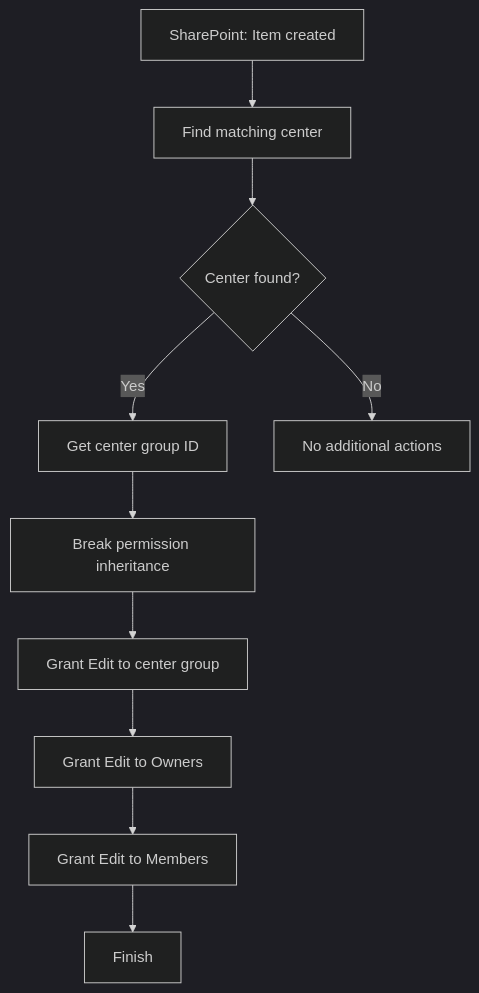
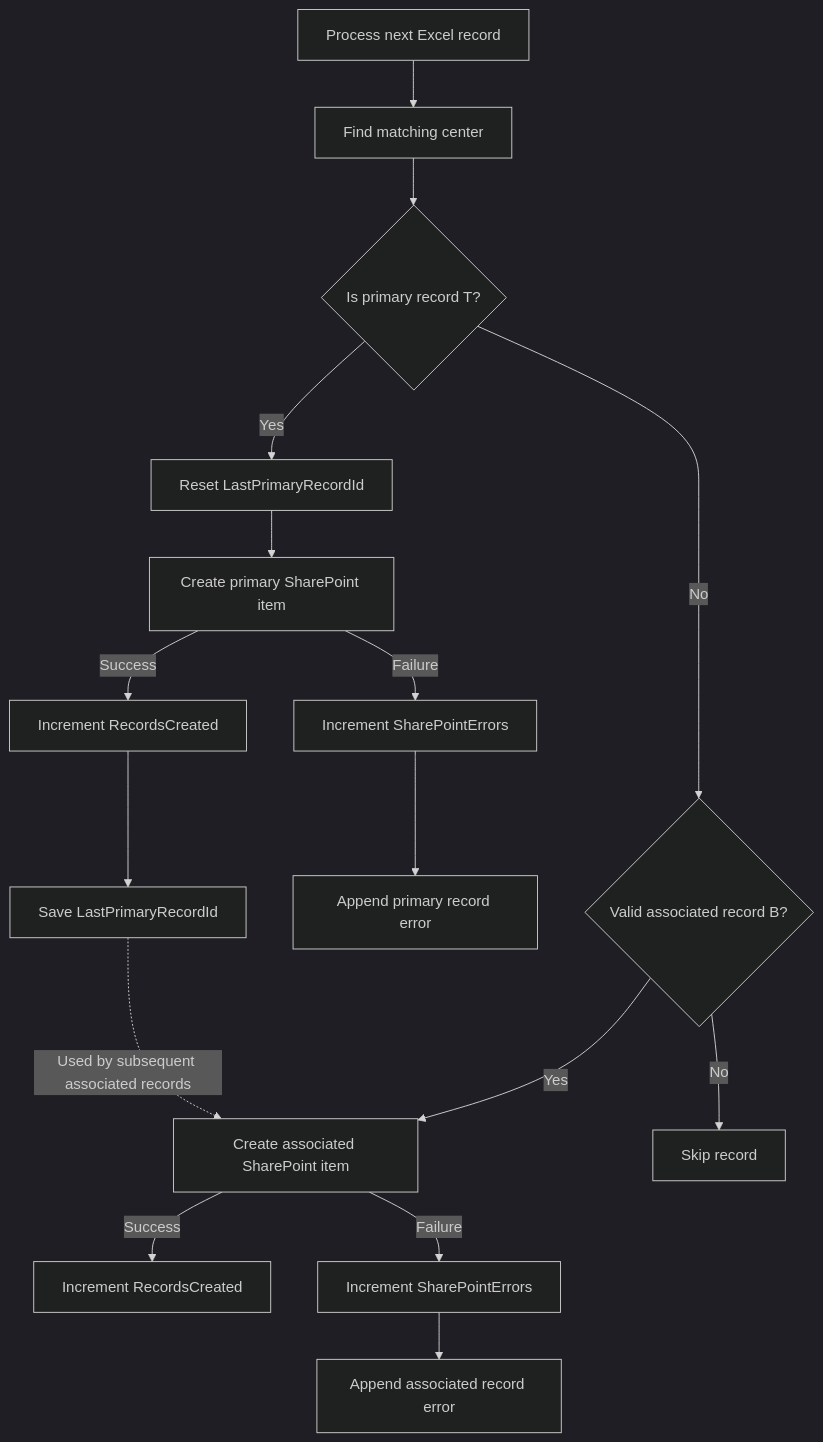
The second of 2 diagrams in Power-Automate/SharePoint-Excel-Automation/flows/FL02-demo/README.md (smartinmunoz/power-platform-portfolio), drawn with Mermaid (dark theme) before and after one commit. The commit also changed other lines of this file, not shown here.

````diff
--- a/Power-Automate/SharePoint-Excel-Automation/flows/FL02-demo/README.md
+++ b/Power-Automate/SharePoint-Excel-Automation/flows/FL02-demo/README.md
@@ -13,12 +139,21 @@
 ```mermaid
 flowchart TD
-    A["SharePoint: Item created"] --> B["Find matching center"]
-    B --> C{"Center found?"}
-    C -->|Yes| D["Get center group ID"]
-    D --> E["Break permission inheritance"]
-    E --> F["Grant Edit to center group"]
-    F --> G["Grant Edit to Owners"]
-    G --> H["Grant Edit to Members"]
-    H --> I["Finish"]
-    C -->|No| J["No additional actions"]
+    A["Process next Excel record"] --> B["Find matching center"]
+    B --> C{"Is primary record T?"}
+
+    C -->|Yes| D["Reset LastPrimaryRecordId"]
+    D --> E["Create primary SharePoint item"]
+    E -->|Success| F["Increment RecordsCreated"]
+    F --> G["Save LastPrimaryRecordId"]
+    E -->|Failure| H["Increment SharePointErrors"]
+    H --> I["Append primary record error"]
+
+    C -->|No| J{"Valid associated record B?"}
+    J -->|Yes| K["Create associated SharePoint item"]
+    K -->|Success| L["Increment RecordsCreated"]
+    K -->|Failure| M["Increment SharePointErrors"]
+    M --> N["Append associated record error"]
+    J -->|No| O["Skip record"]
+
+    G -.->|"Used by subsequent associated records"| K
 ```
````
